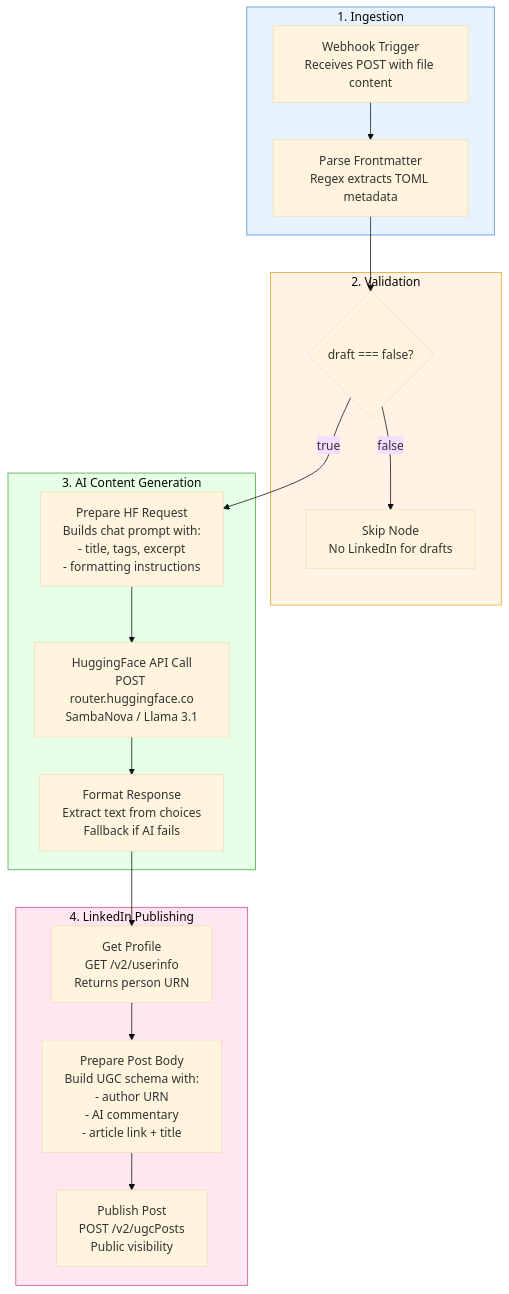
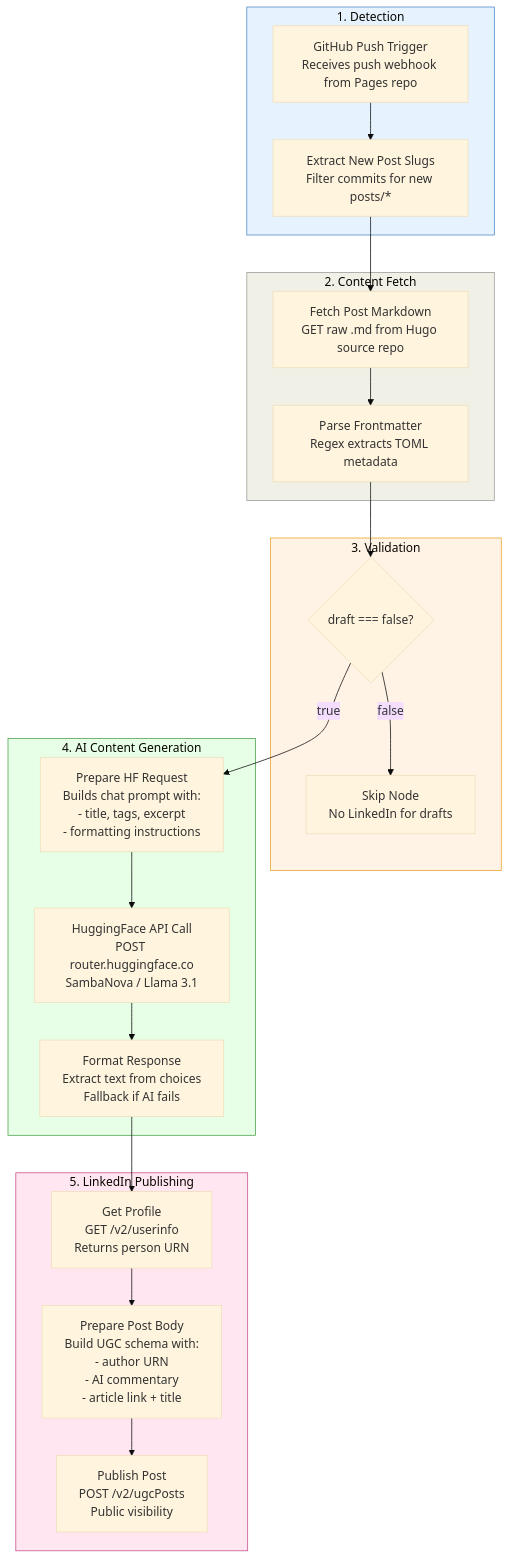
The fourth of 8 diagrams in docs/architecture.md (thatsmeadarsh/n8n-powered-auto-web-publish), drawn with Mermaid (base theme) before and after one commit. The commit also changed other lines of this file and 7 other files, not shown here.

First line of the commit message:
Replace fswatch watcher with GitHub webhook trigger in n8n

````diff
--- a/docs/architecture.md
+++ b/docs/architecture.md
@@ -206,35 +219,41 @@
 ```mermaid
 graph TD
-    subgraph Ingestion["1. Ingestion"]
-        WH[Webhook Trigger<br/>Receives POST with file content]
+    subgraph Detection["1. Detection"]
+        GT[GitHub Push Trigger<br/>Receives push webhook from Pages repo]
+        ES[Extract New Post Slugs<br/>Filter commits for new posts/*]
+    end
+
+    subgraph Fetch["2. Content Fetch"]
+        FM[Fetch Post Markdown<br/>GET raw .md from Hugo source repo]
         PF[Parse Frontmatter<br/>Regex extracts TOML metadata]
     end
 
-    subgraph Validation["2. Validation"]
+    subgraph Validation["3. Validation"]
         DC{draft === false?}
         SK[Skip Node<br/>No LinkedIn for drafts]
     end
 
-    subgraph AIGeneration["3. AI Content Generation"]
+    subgraph AIGeneration["4. AI Content Generation"]
         PR[Prepare HF Request<br/>Builds chat prompt with:<br/>- title, tags, excerpt<br/>- formatting instructions]
         HF[HuggingFace API Call<br/>POST router.huggingface.co<br/>SambaNova / Llama 3.1]
         FL[Format Response<br/>Extract text from choices<br/>Fallback if AI fails]
     end
 
-    subgraph LinkedInPublish["4. LinkedIn Publishing"]
+    subgraph LinkedInPublish["5. LinkedIn Publishing"]
         GL[Get Profile<br/>GET /v2/userinfo<br/>Returns person URN]
         PL[Prepare Post Body<br/>Build UGC schema with:<br/>- author URN<br/>- AI commentary<br/>- article link + title]
         LI[Publish Post<br/>POST /v2/ugcPosts<br/>Public visibility]
     end
 
-    WH --> PF --> DC
+    GT --> ES --> FM --> PF --> DC
     DC -->|true| PR
     DC -->|false| SK
     PR --> HF --> FL
     FL --> GL --> PL --> LI
 
-    style Ingestion fill:#e6f3ff,stroke:#4a86c8
+    style Detection fill:#e6f3ff,stroke:#4a86c8
+    style Fetch fill:#f0f0e6,stroke:#999
     style Validation fill:#fff3e6,stroke:#e8a020
     style AIGeneration fill:#e6ffe6,stroke:#4a9e4a
     style LinkedInPublish fill:#ffe6f0,stroke:#c84a86
 ```
````
